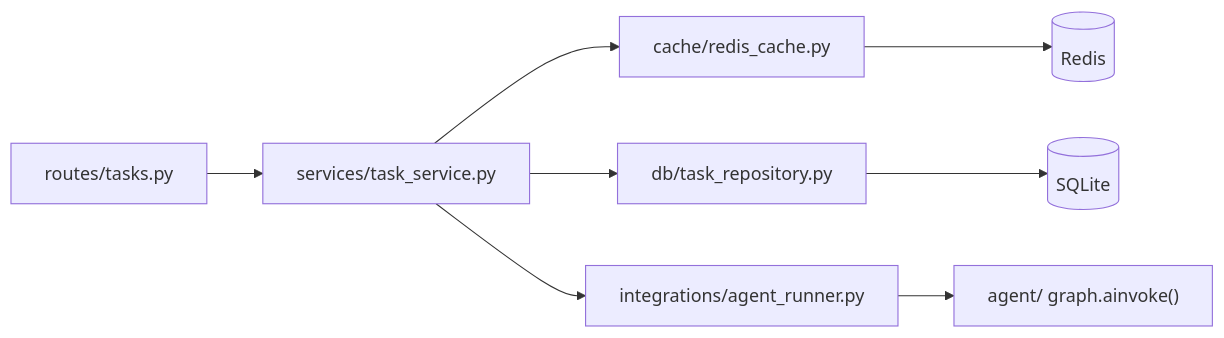
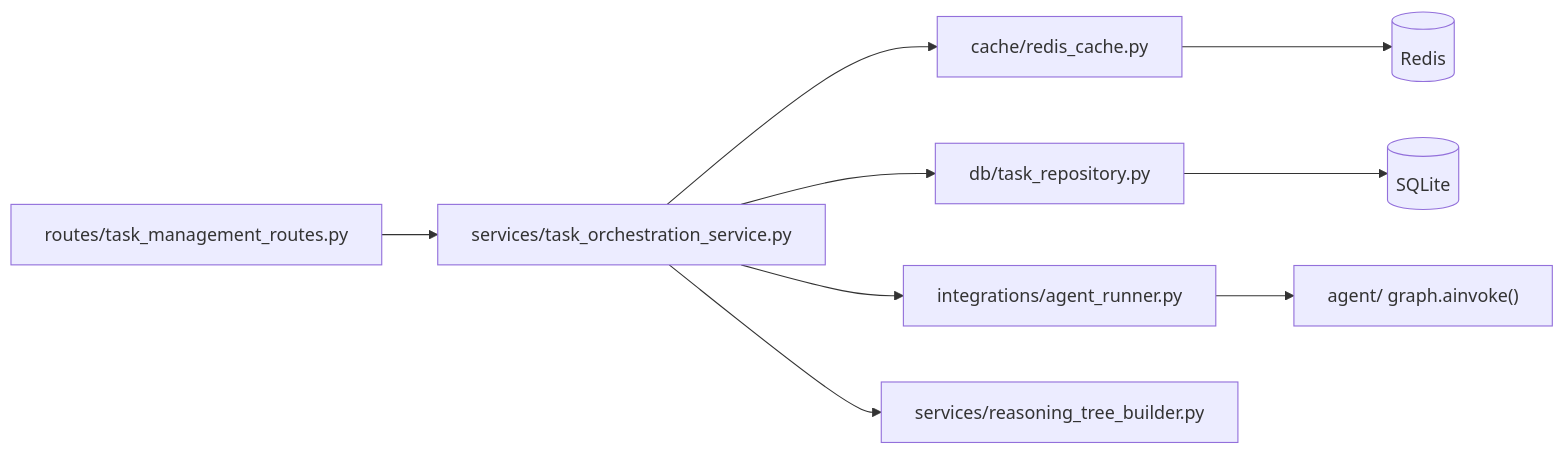
Before and after one commit to shonhazan123/tufin_chat_agent: the diagram in docs/02-api-app/03-folder-structure.md, drawn with Mermaid. The commit also changed other lines of this file and 27 other files, not shown here.

````diff
--- a/docs/02-api-app/03-folder-structure.md
+++ b/docs/02-api-app/03-folder-structure.md
@@ -66,10 +72,11 @@
 ```mermaid
 flowchart LR
-    Route["routes/tasks.py"] --> Service["services/task_service.py"]
+    Route["routes/task_management_routes.py"] --> Service["services/task_orchestration_service.py"]
     Service --> Cache["cache/redis_cache.py"]
     Service --> Repo["db/task_repository.py"]
     Service --> Runner["integrations/agent_runner.py"]
+    Service --> Tree["services/reasoning_tree_builder.py"]
     Runner --> Graph["agent/ graph.ainvoke()"]
     Repo --> DB[("SQLite")]
     Cache --> Redis[("Redis")]
 ```
````
